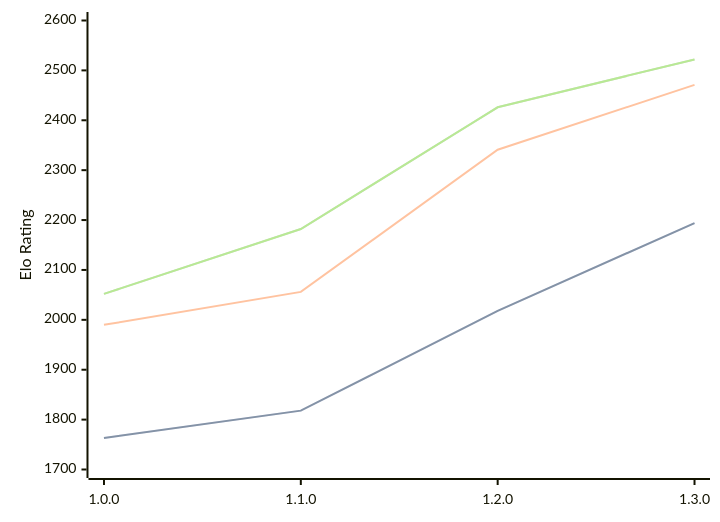
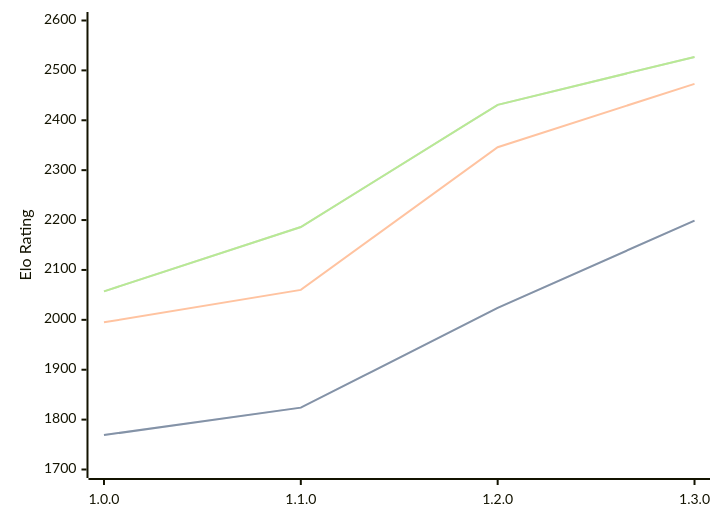
One commit to computer-chess-index/cci changed the diagram in engines/Anodos.md. Above: the diagram before and after it, drawn with Mermaid. The commit also changed other lines of this file, not shown here.

Commit message:
Update CCI Ratings (ELO VLTC) - 2026-04-14

````diff
--- a/engines/Anodos.md
+++ b/engines/Anodos.md
@@ -45,11 +45,11 @@
 ```mermaid
 %%{init: {"theme":"base","themeVariables":{"seriesColors:['#a3a3a3','#222221','#faa371']}}}%%
 xychart-beta
   x-axis ["1.0.0", "1.1.0", "1.2.0", "1.3.0"]
   y-axis "Elo Rating" 1700 --> 2600
-  line "STC (8.0+0.08s)" [1763, 1818, 2018, 2194]
-  line "STC (8.0+0.08s)" [1763, 1818, 2018, 2194]
-  line "LTC (60.0+0.60s)" [1990, 2056, 2341, 2471]
-  line "VLTC (2m24s+1.12s)" [2052, 2182, 2426, 2522]
-  line "VLTC (2m24s+1.12s)" [2052, 2182, 2426, 2522]
+  line "STC (8.0+0.08s)" [1769, 1824, 2024, 2199]
+  line "STC (8.0+0.08s)" [1769, 1824, 2024, 2199]
+  line "LTC (60.0+0.60s)" [1995, 2060, 2346, 2473]
+  line "VLTC (2m24s+1.12s)" [2057, 2186, 2431, 2527]
+  line "VLTC (2m24s+1.12s)" [2057, 2186, 2431, 2527]
 ```
````
